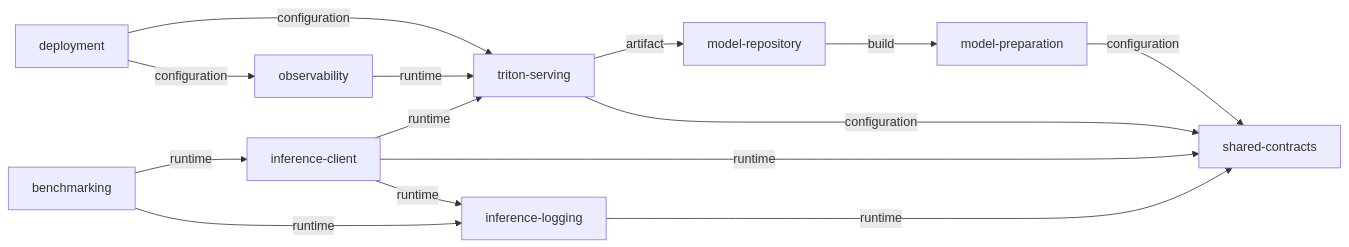
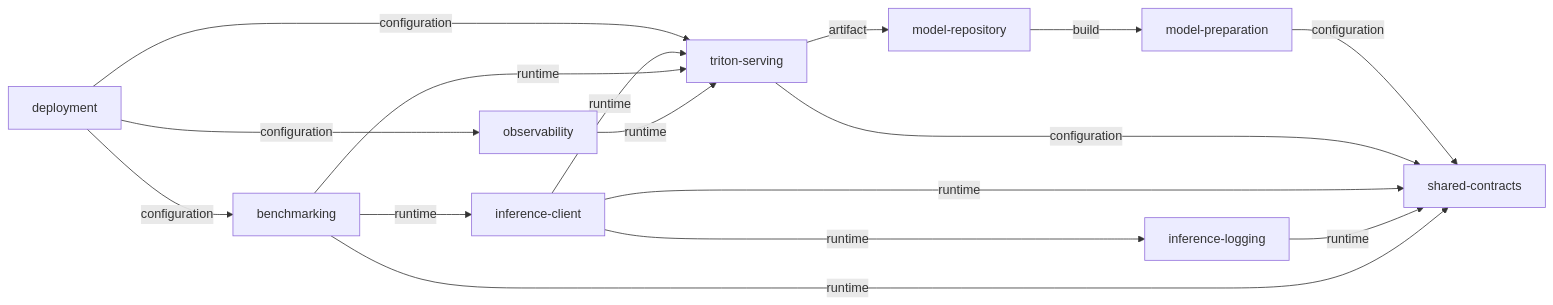
The first of 2 diagrams in docs/generated/dependency-graph.md (legion2440/ml-dev-ops), drawn with Mermaid before and after one commit. The commit also changed other lines of this file and 103 other files, not shown here.

````diff
--- a/docs/generated/dependency-graph.md
+++ b/docs/generated/dependency-graph.md
@@ -9,25 +9,27 @@
 ```mermaid
 flowchart LR
     model_preparation["model-preparation"]
     model_repository["model-repository"]
     triton_serving["triton-serving"]
     deployment["deployment"]
     inference_client["inference-client"]
     inference_logging["inference-logging"]
     benchmarking["benchmarking"]
     observability["observability"]
     shared_contracts["shared-contracts"]
     model_preparation -->|configuration| shared_contracts
     model_repository -->|build| model_preparation
     triton_serving -->|artifact| model_repository
     triton_serving -->|configuration| shared_contracts
     deployment -->|configuration| triton_serving
     deployment -->|configuration| observability
+    deployment -->|configuration| benchmarking
     inference_client -->|runtime| triton_serving
     inference_client -->|runtime| shared_contracts
     inference_client -->|runtime| inference_logging
     inference_logging -->|runtime| shared_contracts
     benchmarking -->|runtime| inference_client
-    benchmarking -->|runtime| inference_logging
+    benchmarking -->|runtime| shared_contracts
+    benchmarking -->|runtime| triton_serving
     observability -->|runtime| triton_serving
 ```
````
